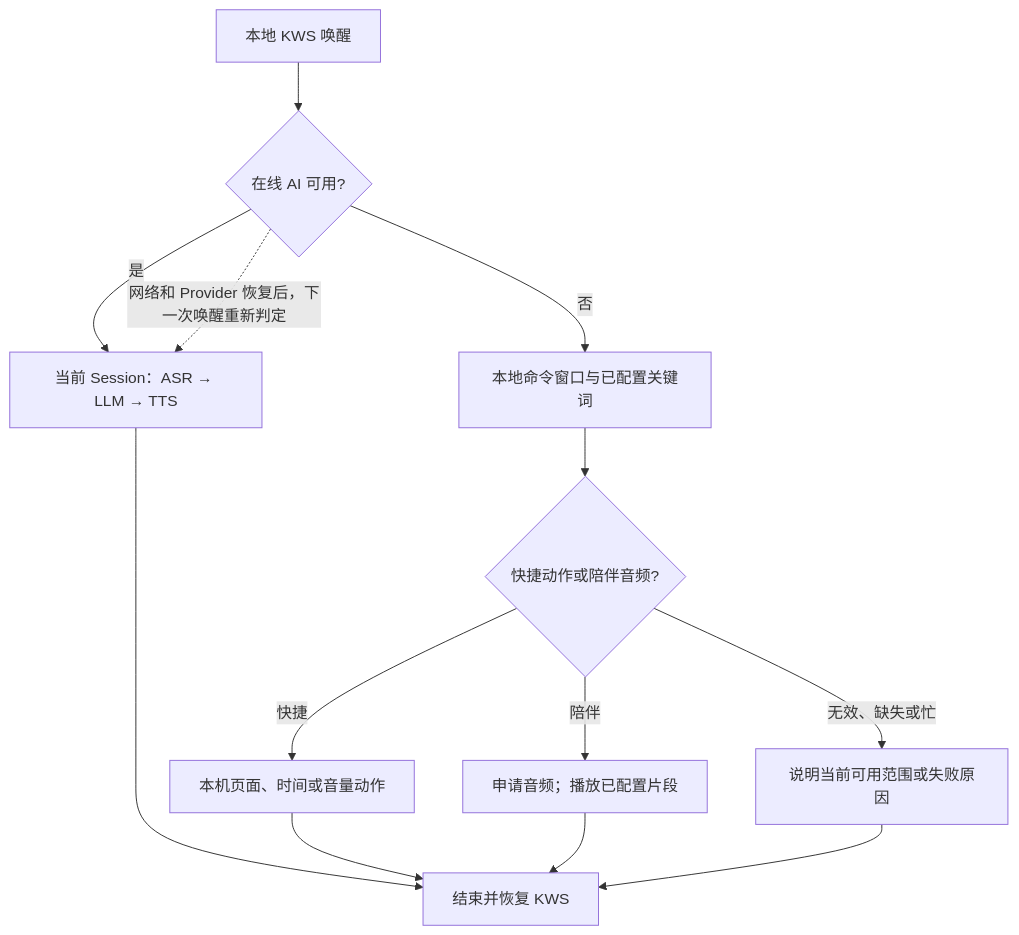
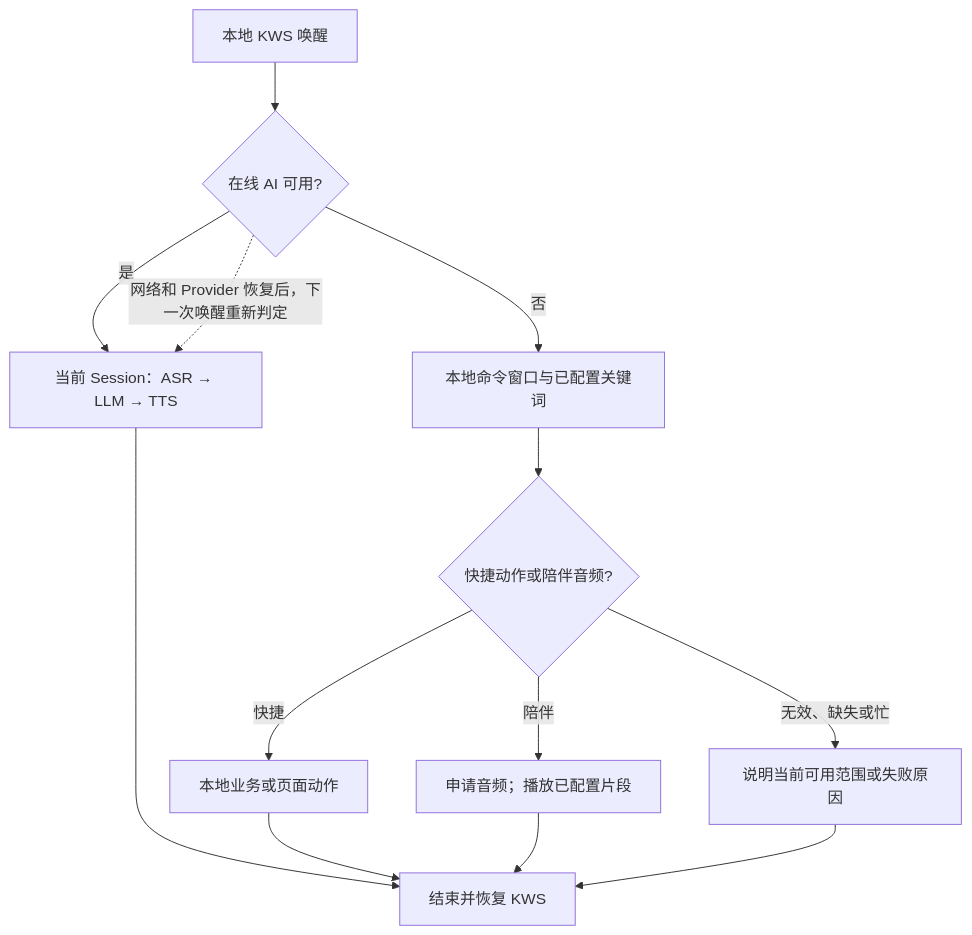
Before and after one commit to Justin-fanfan/Submission_Materials: diagram 40 of 43 in LongPet_产品设计文档.md, drawn with Mermaid. The commit also changed other lines of this file, not shown here.

````diff
--- a/LongPet_产品设计文档.md
+++ b/LongPet_产品设计文档.md
@@ -2044,11 +2044,11 @@
 ```mermaid
 flowchart TD
     W[本地 KWS 唤醒] --> N{在线 AI 可用?}
     N -->|是| O[当前 Session：ASR → LLM → TTS] --> I[结束并恢复 KWS]
     N -->|否| L[本地命令窗口与已配置关键词]
     L --> Q{快捷动作或陪伴音频?}
-    Q -->|快捷| P[本机页面、时间或音量动作] --> I
+    Q -->|快捷| P[本地业务或页面动作] --> I
     Q -->|陪伴| A[申请音频；播放已配置片段] --> I
     Q -->|无效、缺失或忙| E[说明当前可用范围或失败原因] --> I
     N -. 网络和 Provider 恢复后，下一次唤醒重新判定 .-> O
 ```
````
